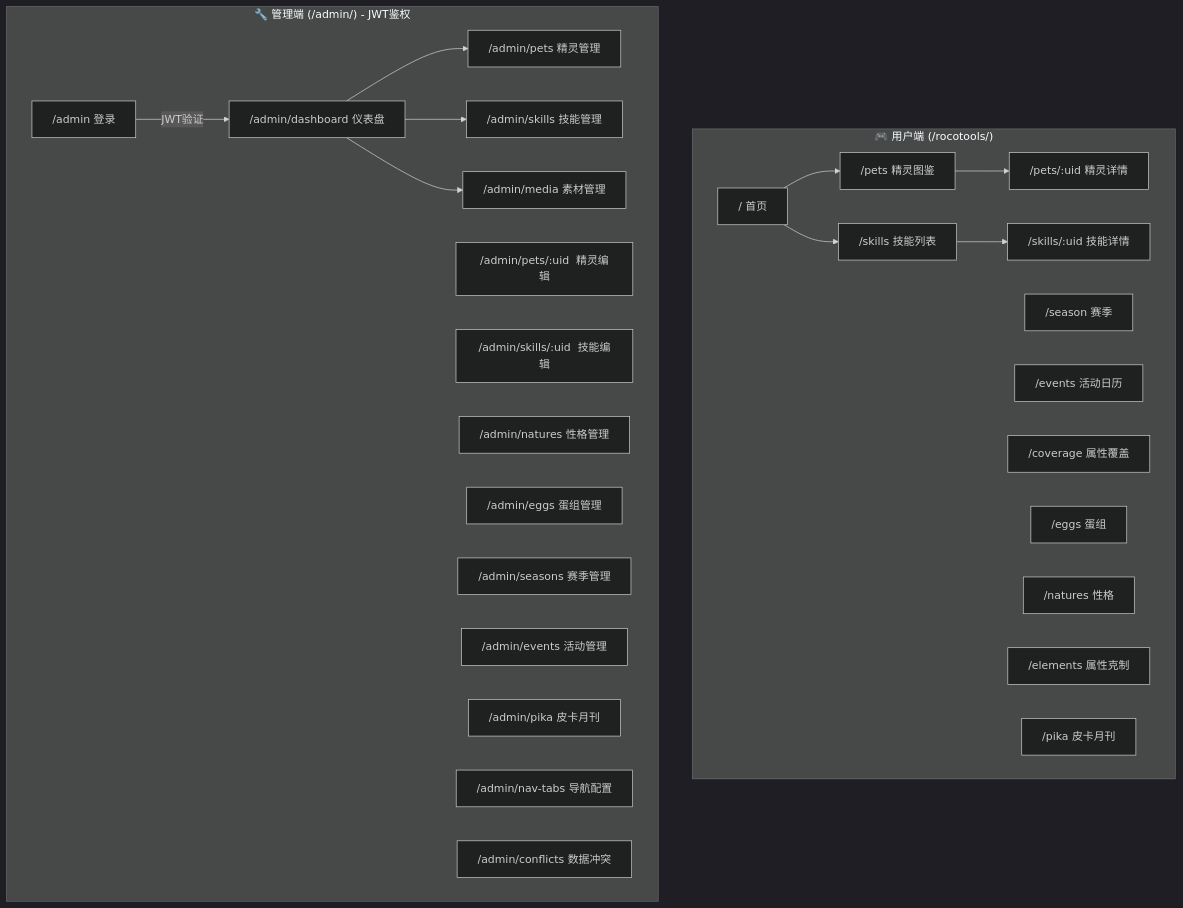
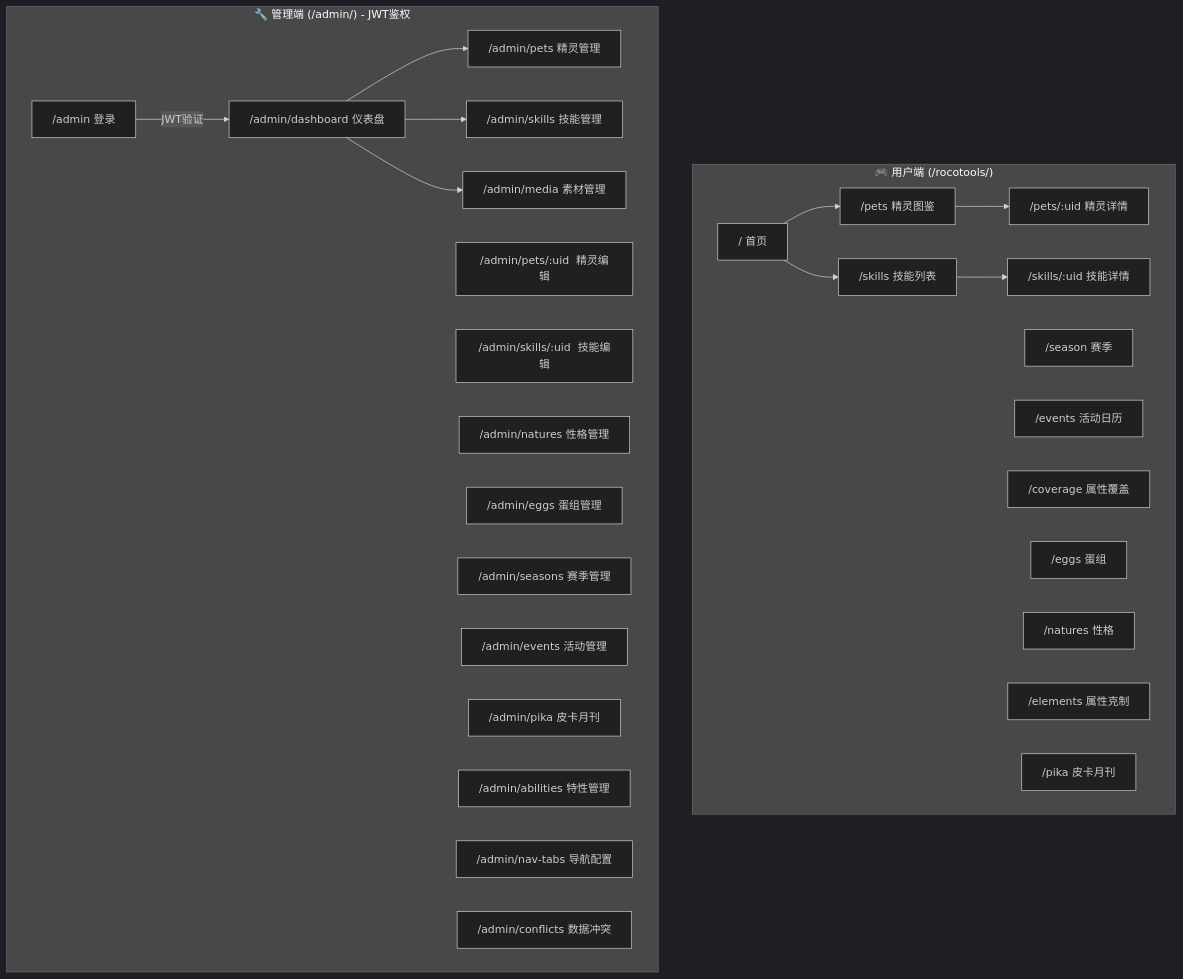
One commit to eachyczhang/-RocoTools changed the sixth of 12 diagrams in docs/ARCHITECTURE.md. Above: the diagram before and after it, drawn with Mermaid (dark theme). The commit also changed other lines of this file and 1 other file, not shown here.

Commit message:
docs: 更新知识文档收录近期改动 - ARCHITECTURE.md: 添加特性管理路由/API、usePageVisibility composable、更新日期 - ADMIN_RULES.md: 新增多形态同步规则、特性管理规则、页面可见性恢复机制、请求超时机制、Express中间件顺序规范、Nginx ^~优先级说明

````diff
--- a/docs/ARCHITECTURE.md
+++ b/docs/ARCHITECTURE.md
@@ -314,43 +314,44 @@
 ```mermaid
 graph TD
     subgraph UserPages["🎮 用户端 (/rocotools/)"]
         Home["/  首页"]
         Season["/season  赛季"]
         Events["/events  活动日历"]
         Pets["/pets  精灵图鉴"]
         PetDetail["/pets/:uid  精灵详情"]
         Skills["/skills  技能列表"]
         SkillDetail["/skills/:uid  技能详情"]
         Coverage["/coverage  属性覆盖"]
         Eggs["/eggs  蛋组"]
         Natures["/natures  性格"]
         Elements["/elements  属性克制"]
         Pika["/pika  皮卡月刊"]
     end
 
     subgraph AdminPages["🔧 管理端 (/admin/) - JWT鉴权"]
         AdminLogin["/admin  登录"]
         Dashboard["/admin/dashboard  仪表盘"]
         AdminPets["/admin/pets  精灵管理"]
         AdminPetEdit["/admin/pets/:uid  精灵编辑"]
         AdminSkills["/admin/skills  技能管理"]
         AdminSkillEdit["/admin/skills/:uid  技能编辑"]
         AdminNatures["/admin/natures  性格管理"]
         AdminEggs["/admin/eggs  蛋组管理"]
         AdminSeasons["/admin/seasons  赛季管理"]
         AdminEvents["/admin/events  活动管理"]
         AdminPika["/admin/pika  皮卡月刊"]
+        AdminAbilities["/admin/abilities  特性管理"]
         AdminMedia["/admin/media  素材管理"]
         AdminNavTabs["/admin/nav-tabs  导航配置"]
         AdminConflicts["/admin/conflicts  数据冲突"]
     end
 
     Home --> Pets
     Home --> Skills
     Pets --> PetDetail
     Skills --> SkillDetail
     AdminLogin -->|"JWT验证"| Dashboard
     Dashboard --> AdminPets
     Dashboard --> AdminSkills
     Dashboard --> AdminMedia
 ```
````
